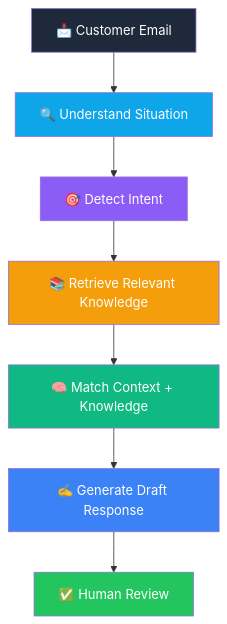
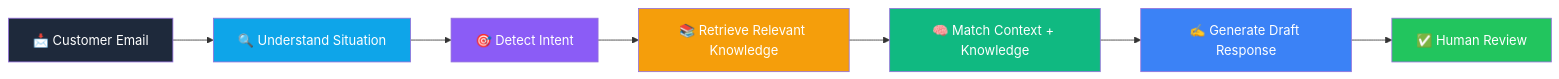
One commit to dayanand-r/ai-email-productivity-assistant changed the second of 2 diagrams in README.md. Above: the diagram before and after it, drawn with Mermaid. The commit also changed other lines of this file, not shown here.

````diff
--- a/README.md
+++ b/README.md
@@ -255,25 +254,25 @@
 ```mermaid
-flowchart TD
+flowchart LR
 
 A["📩 Customer Email"] 
 
 A --> B["🔍 Understand Situation"]
 
 B --> C["🎯 Detect Intent"]
 
 C --> D["📚 Retrieve Relevant Knowledge"]
 
 D --> E["🧠 Match Context + Knowledge"]
 
 E --> F["✍️ Generate Draft Response"]
 
 F --> G["✅ Human Review"]
 
 style A fill:#1e293b,color:#fff
 style B fill:#0ea5e9,color:#fff
 style C fill:#8b5cf6,color:#fff
 style D fill:#f59e0b,color:#fff
 style E fill:#10b981,color:#fff
 style F fill:#3b82f6,color:#fff
 style G fill:#22c55e,color:#fff
 ```
````
